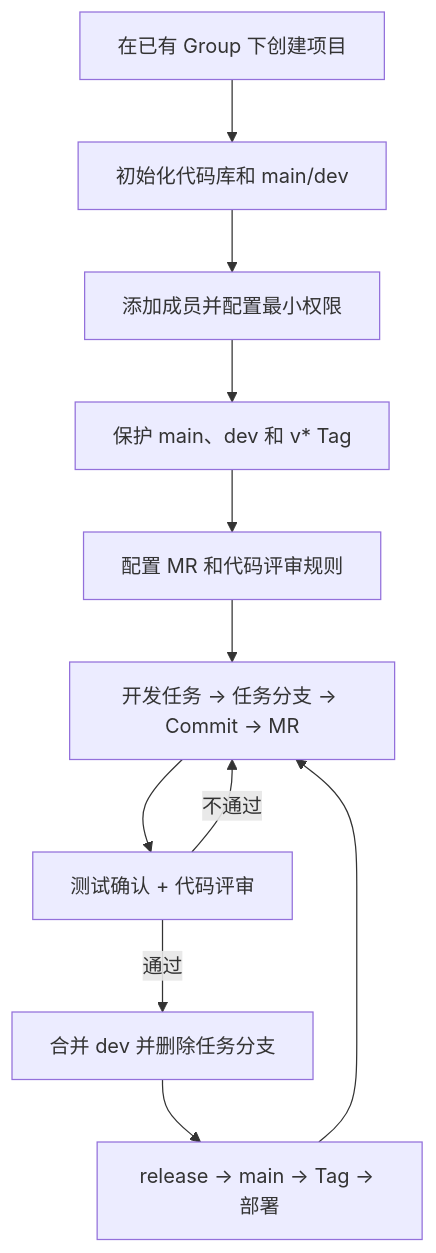
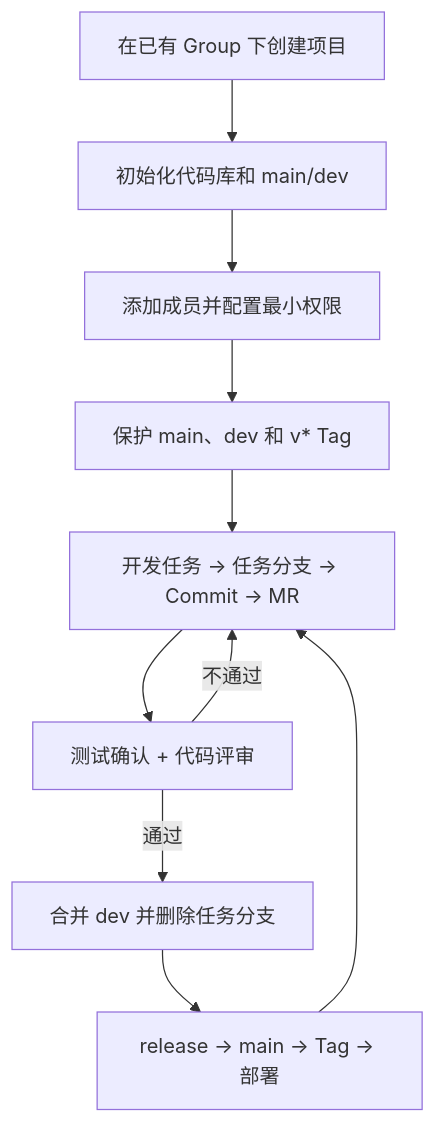
Before and after one commit to courage622/zkrd-dev-guides: the diagram in GITLAB_PROJECT_MANAGEMENT.md, drawn with Mermaid. The commit also changed other lines of this file, not shown here.

````diff
--- a/GITLAB_PROJECT_MANAGEMENT.md
+++ b/GITLAB_PROJECT_MANAGEMENT.md
@@ -14,13 +14,12 @@
 ```mermaid
 flowchart TB
     A["在已有 Group 下创建项目"] --> B["初始化代码库和 main/dev"]
     B --> C["添加成员并配置最小权限"]
     C --> D["保护 main、dev 和 v* Tag"]
-    D --> E["配置 MR 和代码评审规则"]
-    E --> F["开发任务 → 任务分支 → Commit → MR"]
-    F --> G["测试确认 + 代码评审"]
-    G -->|不通过| F
-    G -->|通过| H["合并 dev 并删除任务分支"]
-    H --> I["release → main → Tag → 部署"]
-    I --> F
+    D --> E["开发任务 → 任务分支 → Commit → MR"]
+    E --> F["测试确认 + 代码评审"]
+    F -->|不通过| E
+    F -->|通过| G["合并 dev 并删除任务分支"]
+    G --> H["release → main → Tag → 部署"]
+    H --> E
 ```
````
